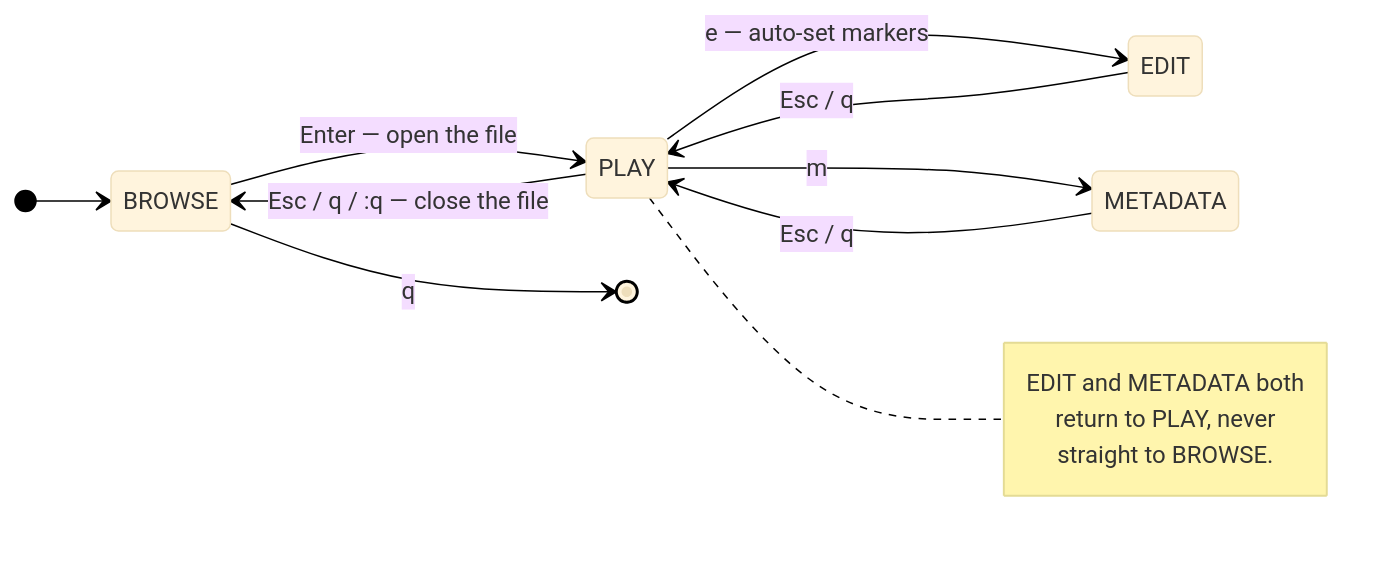
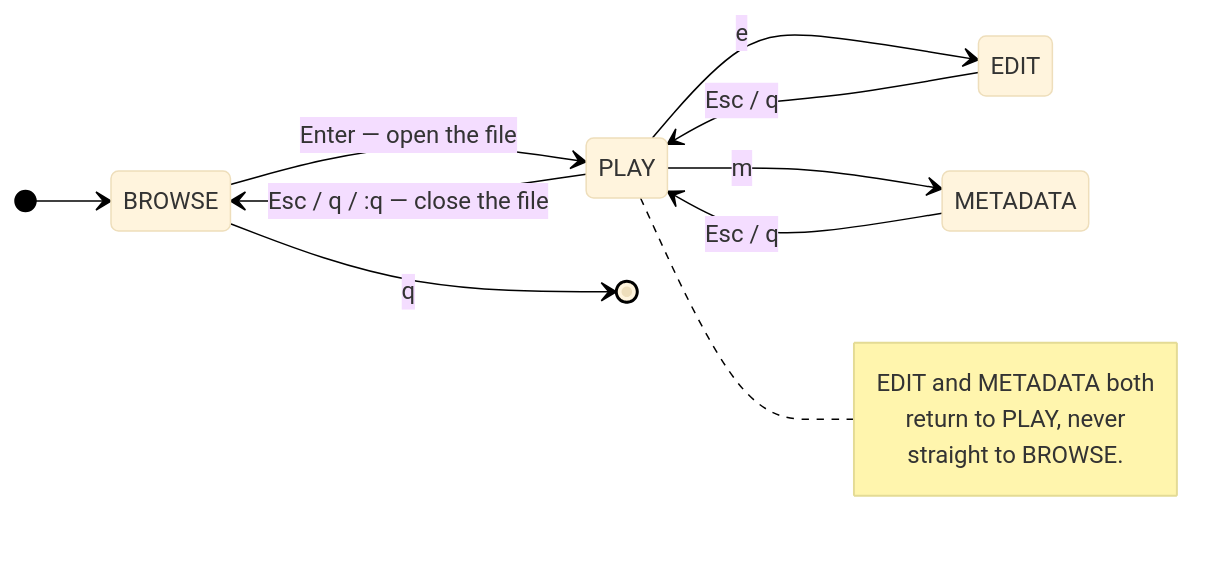
One commit to MrDopey/audio-tui-editor changed the second of 2 diagrams in readme.md. Above: the diagram before and after it, drawn with Mermaid. The commit also changed other lines of this file, not shown here.

First line of the commit message:
docs: fix EDIT-mode readme claims that no longer match the code

````diff
--- a/readme.md
+++ b/readme.md
@@ -178,23 +178,23 @@
 ```mermaid
 %%{init: {"theme": "base", "themeVariables": {"background": "#ffffff", "primaryBackground": "#ffffff"}}}%%
 stateDiagram-v2
     direction LR
     [*] --> BROWSE
 
     BROWSE --> PLAY: Enter — open the file
     PLAY --> BROWSE: Esc / q / :q — close the file
 
-    PLAY --> EDIT: e — auto-set markers
+    PLAY --> EDIT: e
     EDIT --> PLAY: Esc / q
 
     PLAY --> METADATA: m
     METADATA --> PLAY: Esc / q
 
     BROWSE --> [*]: q
 
     note right of PLAY
         EDIT and METADATA both
         return to PLAY, never
         straight to BROWSE.
     end note
 ```
````
